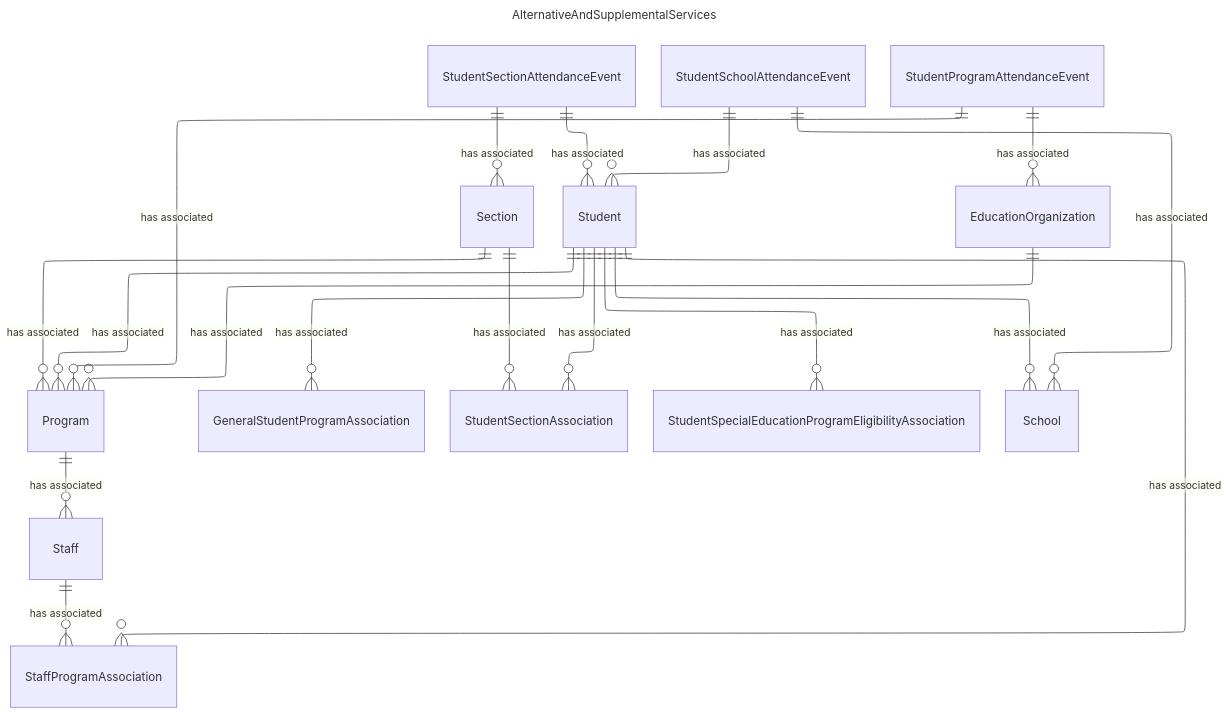
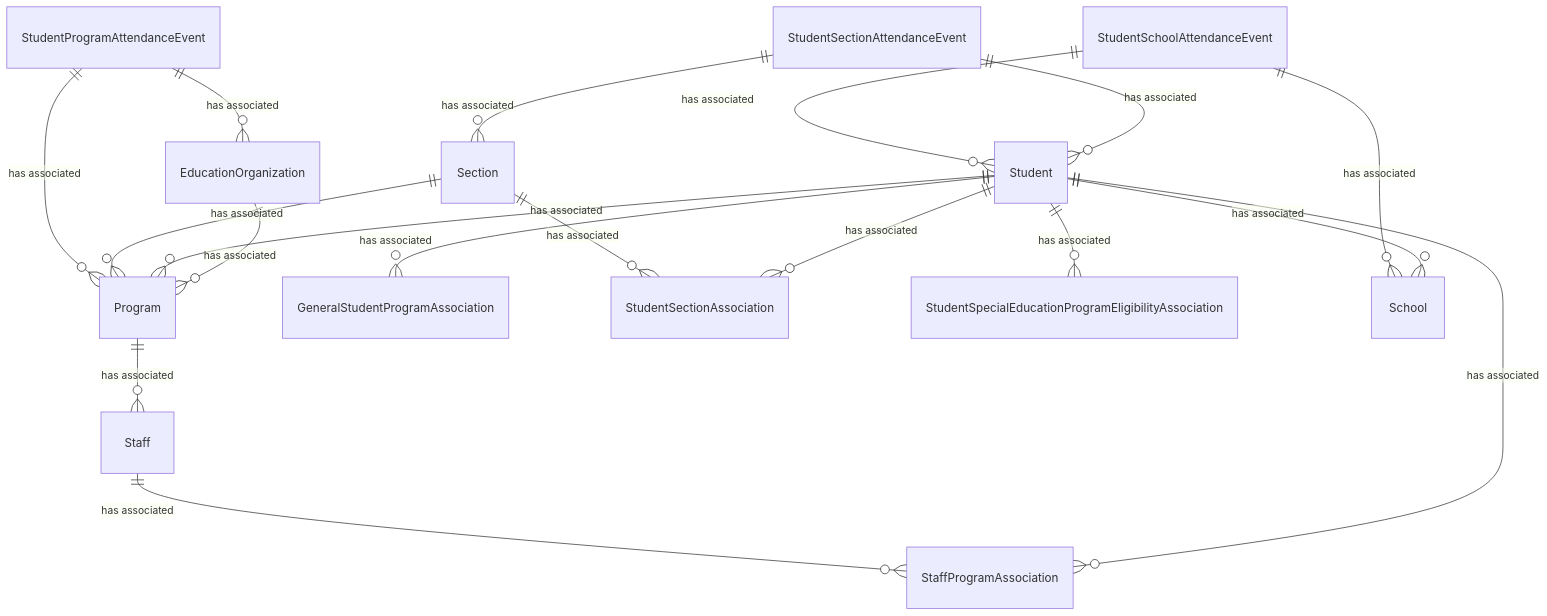
One commit to Ed-Fi-Alliance-OSS/ed-fi-alliance-oss.github.io changed the diagram in dataStandard_versioned_docs/version-6/model-reference/alternative-and-supplemental-services-domain/AlternativeAndSupplementalServices-simple.mmd. Above: the diagram before and after it, drawn with Mermaid. The commit also changed 5 other files, not shown here.

```diff
--- a/dataStandard_versioned_docs/version-6/model-reference/alternative-and-supplemental-services-domain/AlternativeAndSupplementalServices-simple.mmd
+++ b/dataStandard_versioned_docs/version-6/model-reference/alternative-and-supplemental-services-domain/AlternativeAndSupplementalServices-simple.mmd
@@ -1,49 +1,45 @@
----
-title: AlternativeAndSupplementalServices
-config:
-  layout: elk
----
+
 erDiagram
     Program {
     }
     Staff {
     }
     GeneralStudentProgramAssociation {
     }
     StaffProgramAssociation {
     }
     Section {
     }
     StudentSectionAssociation {
     }
     Student {
     }
     EducationOrganization {
     }
     StudentSectionAttendanceEvent {
     }
     StudentSchoolAttendanceEvent {
     }
     StudentProgramAttendanceEvent {
     }
     StudentSpecialEducationProgramEligibilityAssociation {
     }
     School {
     }
     EducationOrganization ||--o{ Program : "has associated"
     Student ||--o{ Program : "has associated"
     Program ||--o{ Staff : "has associated"
     Section ||--o{ Program : "has associated"
     Student ||--o{ School : "has associated"
     Student ||--o{ GeneralStudentProgramAssociation : "has associated"
     Student ||--o{ StaffProgramAssociation : "has associated"
     Staff ||--o{ StaffProgramAssociation : "has associated"
     Student ||--o{ StudentSectionAssociation : "has associated"
     Section ||--o{ StudentSectionAssociation : "has associated"
     Student ||--o{ StudentSpecialEducationProgramEligibilityAssociation : "has associated"
     StudentSectionAttendanceEvent ||--o{ Student : "has associated"
     StudentSectionAttendanceEvent ||--o{ Section : "has associated"
     StudentSchoolAttendanceEvent ||--o{ School : "has associated"
     StudentSchoolAttendanceEvent ||--o{ Student : "has associated"
     StudentProgramAttendanceEvent ||--o{ EducationOrganization : "has associated"
     StudentProgramAttendanceEvent ||--o{ Program : "has associated"
```
